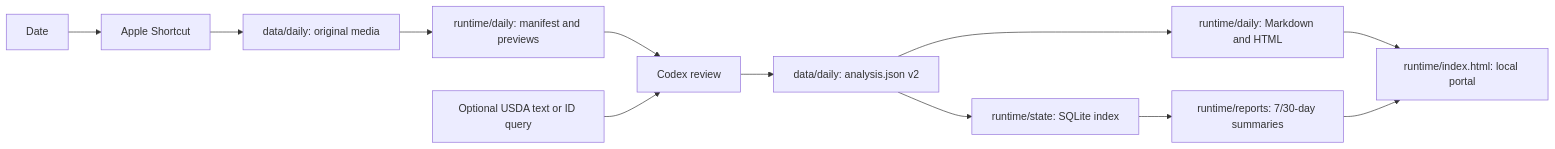
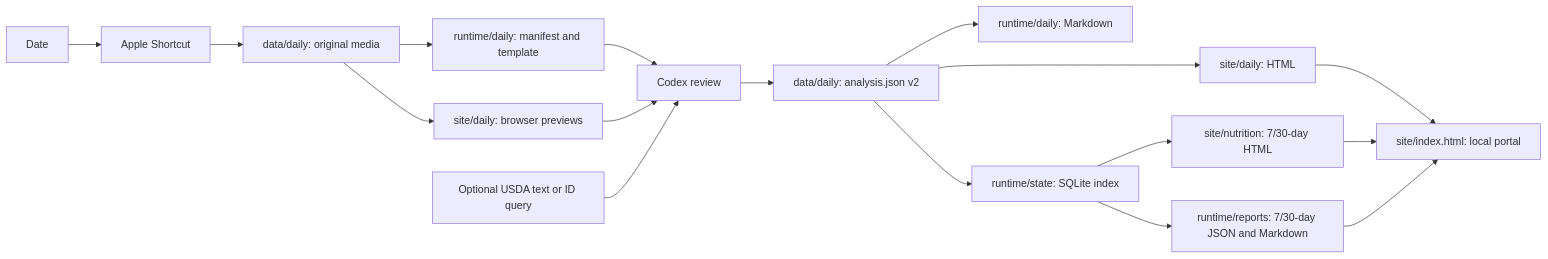
The diagram in docs/architecture.md (imathwy/health), drawn with Mermaid before and after one commit. The commit also changed other lines of this file and 15 other files, not shown here.

````diff
--- a/docs/architecture.md
+++ b/docs/architecture.md
@@ -23,14 +26,19 @@
 ```mermaid
 flowchart LR
     A[Date] --> B[Apple Shortcut]
     B --> C[data/daily: original media]
-    C --> D[runtime/daily: manifest and previews]
+    C --> D[runtime/daily: manifest and template]
+    C --> P[site/daily: browser previews]
     D --> E[Codex review]
+    P --> E
     U[Optional USDA text or ID query] --> E
     E --> F[data/daily: analysis.json v2]
-    F --> G[runtime/daily: Markdown and HTML]
+    F --> G[runtime/daily: Markdown]
+    F --> W[site/daily: HTML]
     F --> H[runtime/state: SQLite index]
-    H --> I[runtime/reports: 7/30-day summaries]
-    G --> J[runtime/index.html: local portal]
+    H --> I[runtime/reports: 7/30-day JSON and Markdown]
+    H --> T[site/nutrition: 7/30-day HTML]
+    W --> J[site/index.html: local portal]
+    T --> J
     I --> J
 ```
````
